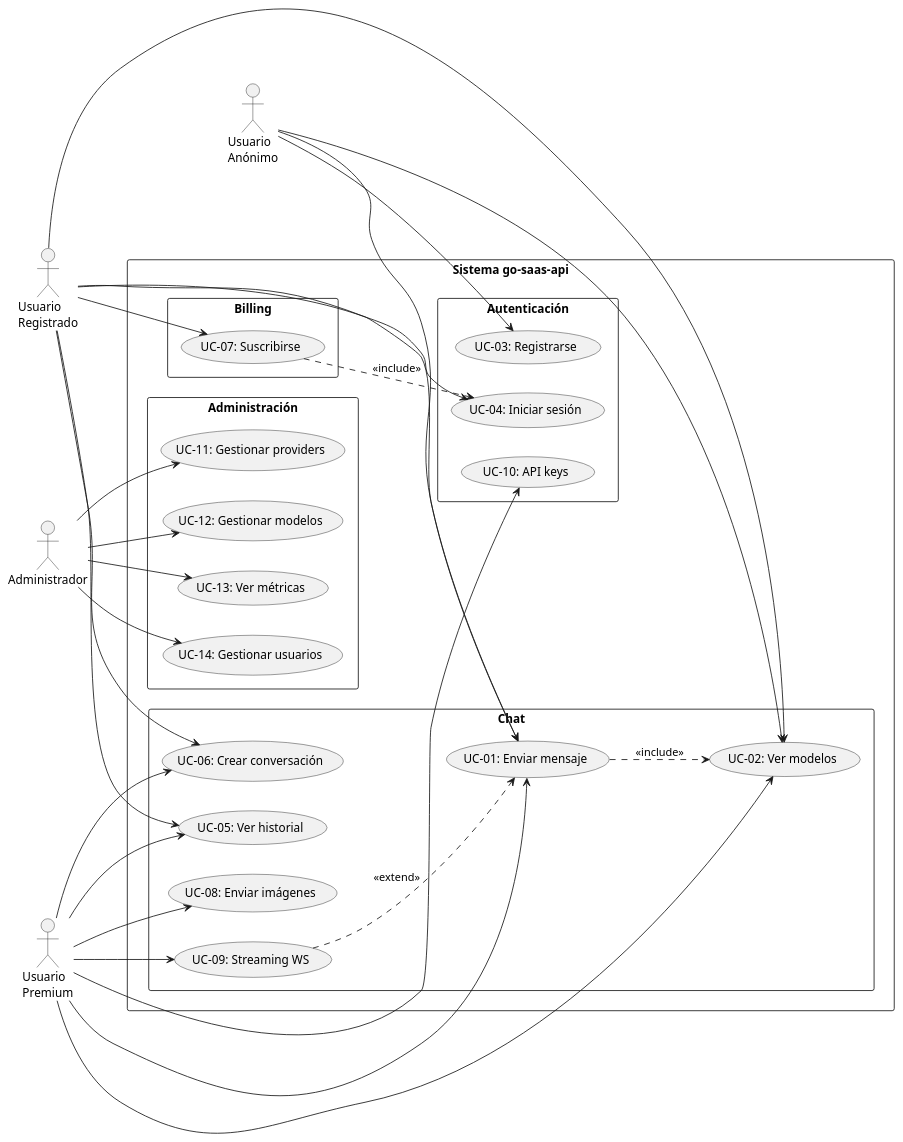
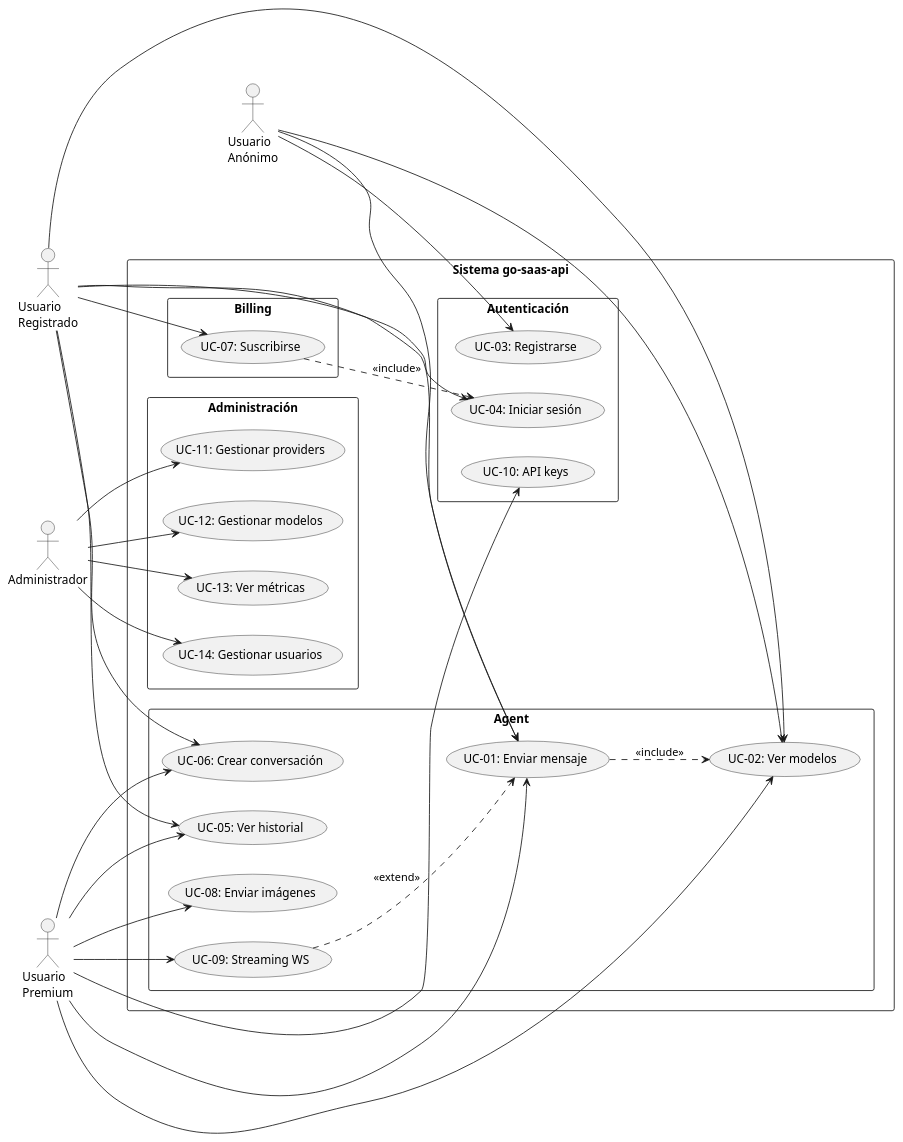
The first of 10 diagrams in docs/ARCHITECTURE.md (UNCSM-r0m0/go-saas-api), drawn with PlantUML before and after one commit. The commit also changed other lines of this file and 7 other files, not shown here.

````diff
--- a/docs/ARCHITECTURE.md
+++ b/docs/ARCHITECTURE.md
@@ -103,74 +103,74 @@
 ```plantuml
 @startuml
 left to right direction
 skinparam packageStyle rectangle
 
 actor "Usuario\nAnónimo" as Guest
 actor "Usuario\nRegistrado" as User
 actor "Usuario\nPremium" as Premium
 actor "Administrador" as Admin
 
 rectangle "Sistema go-saas-api" {
     
-    package "Chat" {
+    package "Agent" {
         usecase "UC-01: Enviar mensaje" as UC01
         usecase "UC-02: Ver modelos" as UC02
         usecase "UC-05: Ver historial" as UC05
         usecase "UC-06: Crear conversación" as UC06
         usecase "UC-08: Enviar imágenes" as UC08
         usecase "UC-09: Streaming WS" as UC09
     }
     
     package "Autenticación" {
         usecase "UC-03: Registrarse" as UC03
         usecase "UC-04: Iniciar sesión" as UC04
         usecase "UC-10: API keys" as UC10
     }
     
     package "Billing" {
         usecase "UC-07: Suscribirse" as UC07
     }
     
     package "Administración" {
         usecase "UC-11: Gestionar providers" as UC11
         usecase "UC-12: Gestionar modelos" as UC12
         usecase "UC-13: Ver métricas" as UC13
         usecase "UC-14: Gestionar usuarios" as UC14
     }
 }
 
 ' Relaciones Guest
 Guest --> UC01
 Guest --> UC02
 Guest --> UC03
 
 ' Relaciones User (hereda Guest)
 User --> UC01
 User --> UC02
 User --> UC04
 User --> UC05
 User --> UC06
 User --> UC07
 
 ' Relaciones Premium (hereda User)
 Premium --> UC01
 Premium --> UC02
 Premium --> UC05
 Premium --> UC06
 Premium --> UC08
 Premium --> UC09
 Premium --> UC10
 
 ' Relaciones Admin
 Admin --> UC11
 Admin --> UC12
 Admin --> UC13
 Admin --> UC14
 
 ' Include/Extend
 UC01 ..> UC02 : <<include>>
 UC07 ..> UC04 : <<include>>
 UC09 ..> UC01 : <<extend>>
 
 @enduml
 ```
````
